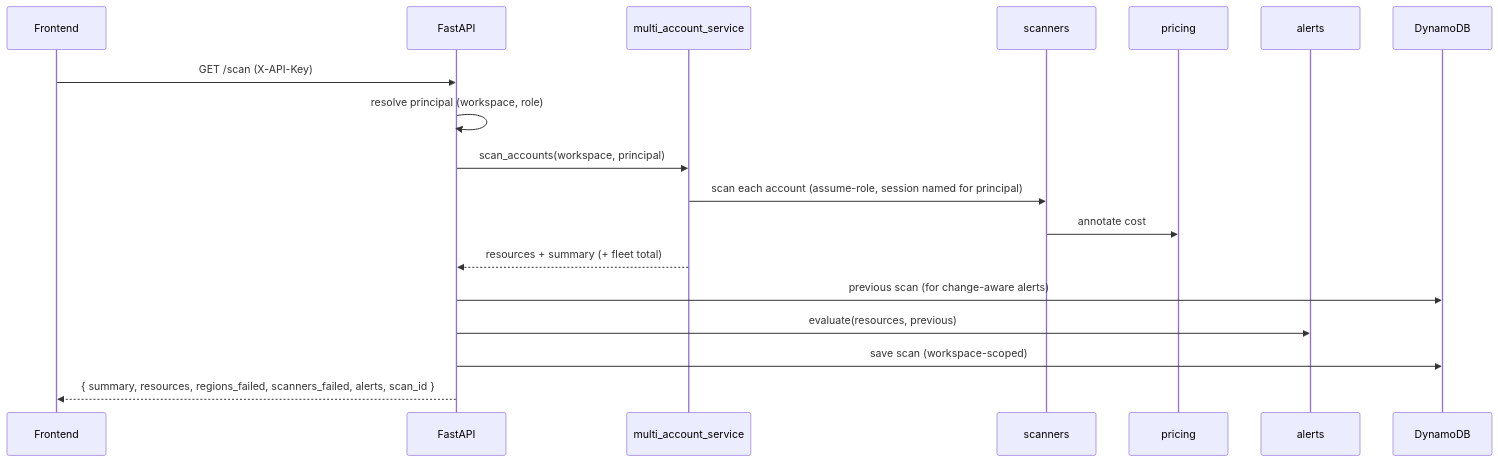
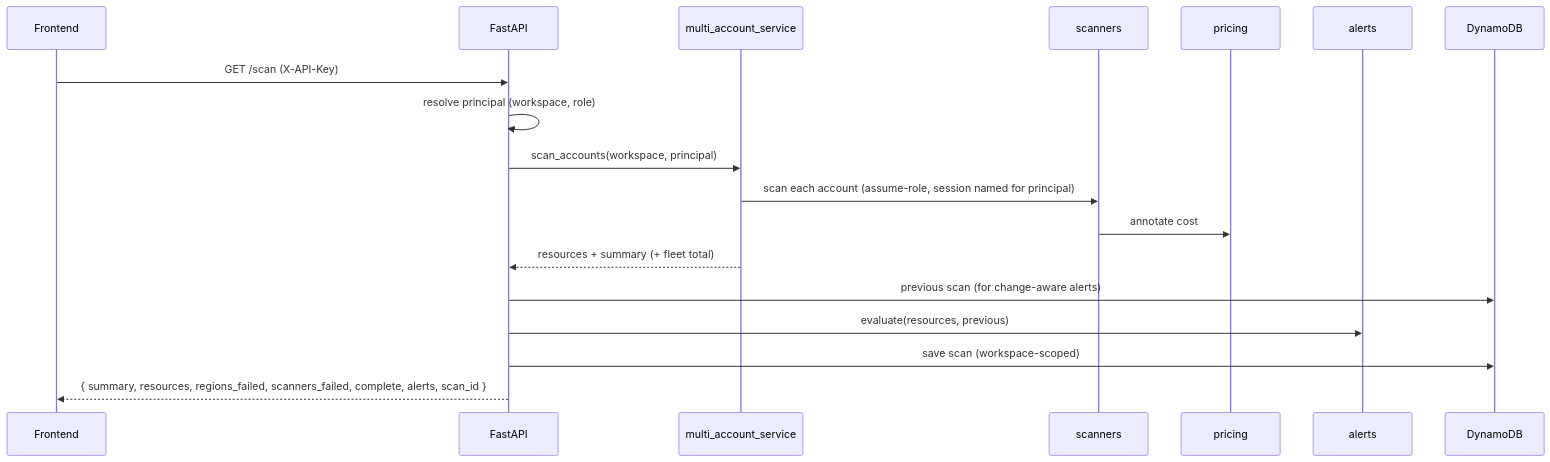
The third of 3 diagrams in docs/ARCHITECTURE.md (jaredf96/shut-it-down-aws), drawn with Mermaid before and after one commit. The commit also changed other lines of this file and 16 other files, not shown here.

````diff
--- a/docs/ARCHITECTURE.md
+++ b/docs/ARCHITECTURE.md
@@ -242,21 +246,21 @@
 ```mermaid
 sequenceDiagram
     participant FE as Frontend
     participant API as FastAPI
     participant MA as multi_account_service
     participant SC as scanners
     participant PR as pricing
     participant AL as alerts
     participant DB as DynamoDB
 
     FE->>API: GET /scan (X-API-Key)
     API->>API: resolve principal (workspace, role)
     API->>MA: scan_accounts(workspace, principal)
     MA->>SC: scan each account (assume-role, session named for principal)
     SC->>PR: annotate cost
     MA-->>API: resources + summary (+ fleet total)
     API->>DB: previous scan (for change-aware alerts)
     API->>AL: evaluate(resources, previous)
     API->>DB: save scan (workspace-scoped)
-    API-->>FE: { summary, resources, regions_failed, scanners_failed, alerts, scan_id }
+    API-->>FE: { summary, resources, regions_failed, scanners_failed, complete, alerts, scan_id }
 ```
````
